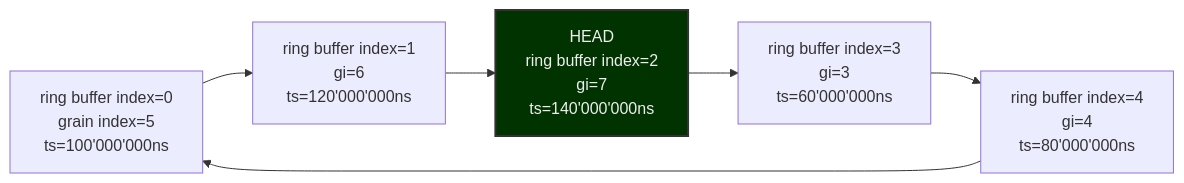
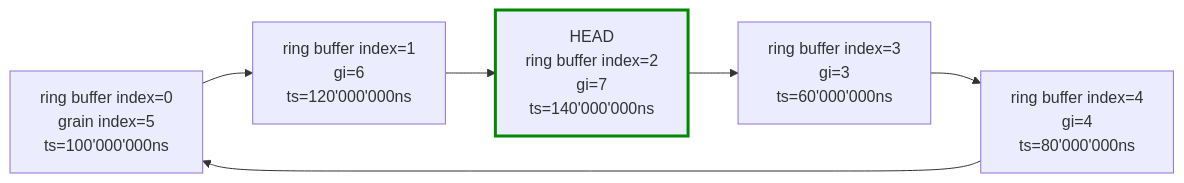
Before and after one commit to peterbrightwell/mxl: the diagram in docs/Architecture/Timing Model.md, drawn with Mermaid. The commit also changed 1 other file, not shown here.

Commit message:
Enable MathJax to render Timing Model equations, fix mermaid colours

````diff
--- a/docs/Architecture/Timing Model.md
+++ b/docs/Architecture/Timing Model.md
@@ -39,13 +39,13 @@
 ```mermaid
 flowchart LR
 
     A0["ring buffer index=0<br/>grain index=5<br/>ts=100'000'000ns"] --> A1[1]
     A1["ring buffer index=1<br/>gi=6<br/>ts=120'000'000ns"] --> A2[2]
     A2["HEAD<br/>ring buffer index=2<br/>gi=7<br/>ts=140'000'000ns"] --> A3[3]
     A3["ring buffer index=3<br/>gi=3<br/>ts=60'000'000ns"] --> A4[4]
     A4["ring buffer index=4<br/>gi=4<br/>ts=80'000'000ns"] --> A0
 
     %% head
-    style A2 fill:#030,color:#eee,stroke:#333,stroke-width:2px
+    style A2 stroke:#080,stroke-width:3px
 
 ```
````
